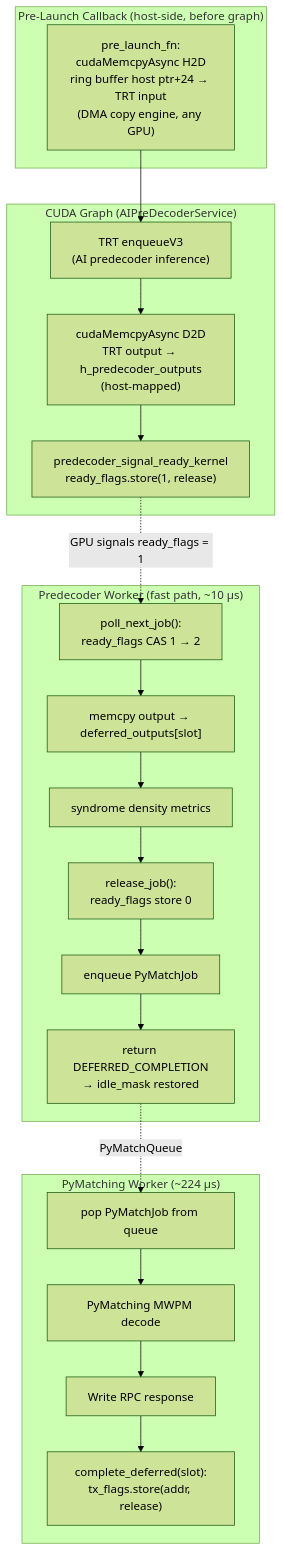
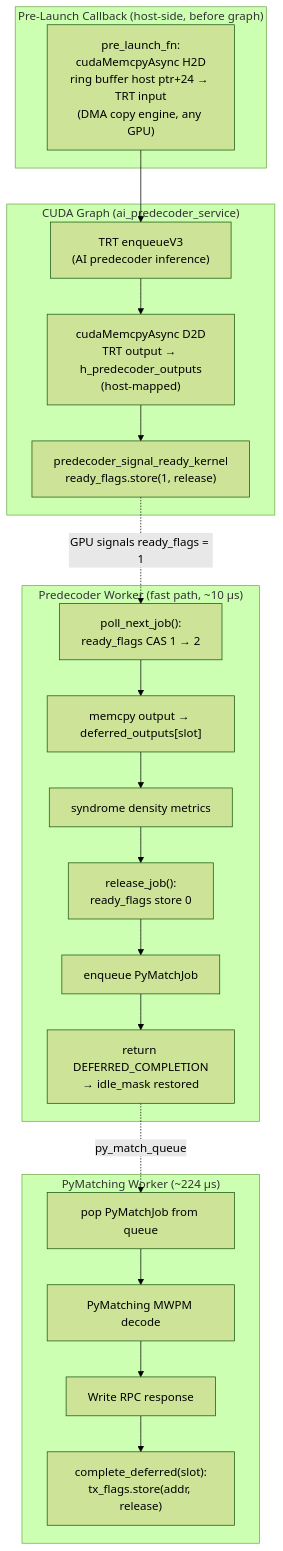
The fifth of 8 diagrams in libs/qec/lib/realtime/realtime_pipeline_architecture.md (wsttiger/cudaqx), drawn with Mermaid (forest theme) before and after one commit. The commit also changed other lines of this file and 1 other file, not shown here.

Commit message:
Updated docs to match the snake case and namespaces

````diff
--- a/libs/qec/lib/realtime/realtime_pipeline_architecture.md
+++ b/libs/qec/lib/realtime/realtime_pipeline_architecture.md
@@ -307,33 +307,33 @@
 ```mermaid
 flowchart TD
-    subgraph "CUDA Graph (AIPreDecoderService)"
+    subgraph "CUDA Graph (ai_predecoder_service)"
         A["TRT enqueueV3<br>(AI predecoder inference)"] --> B["cudaMemcpyAsync D2D<br>TRT output → h_predecoder_outputs<br>(host-mapped)"]
         B --> C["predecoder_signal_ready_kernel<br>ready_flags.store(1, release)"]
     end
 
     subgraph "Pre-Launch Callback (host-side, before graph)"
         P["pre_launch_fn:<br>cudaMemcpyAsync H2D<br>ring buffer host ptr+24 → TRT input<br>(DMA copy engine, any GPU)"]
     end
 
     subgraph "Predecoder Worker (fast path, ~10 µs)"
         D["poll_next_job():<br>ready_flags CAS 1 → 2"]
         E["memcpy output → deferred_outputs[slot]"]
         F["syndrome density metrics"]
         G["release_job():<br>ready_flags store 0"]
         H["enqueue PyMatchJob"]
         I["return DEFERRED_COMPLETION<br>→ idle_mask restored"]
         D --> E --> F --> G --> H --> I
     end
 
     subgraph "PyMatching Worker (~224 µs)"
         J["pop PyMatchJob from queue"]
         K["PyMatching MWPM decode"]
         L["Write RPC response"]
         M["complete_deferred(slot):<br>tx_flags.store(addr, release)"]
         J --> K --> L --> M
     end
 
     P --> A
     C -.->|"GPU signals ready_flags = 1"| D
-    I -.->|"PyMatchQueue"| J
+    I -.->|"py_match_queue"| J
 ```
````
